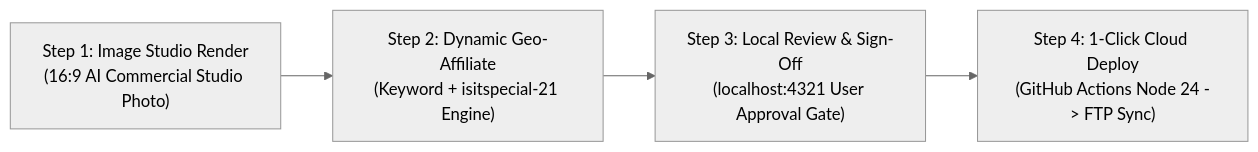
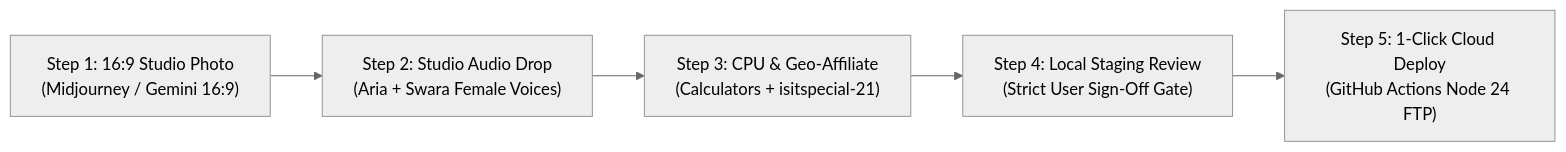
The diagram in PLAYBOOK.md (gyanart/isitspecial), drawn with Mermaid (neutral theme) before and after one commit. The commit also changed other lines of this file, not shown here.

Commit message:
docs(playbook): codify Neural Female Audio Verdicts, CPU Calculator, Amazon Box, and Brand Standards into master production playbook

````diff
--- a/PLAYBOOK.md
+++ b/PLAYBOOK.md
@@ -103,6 +174,7 @@
 ```mermaid
 flowchart LR
-    A["Step 1: Image Studio Render<br>(16:9 AI Commercial Studio Photo)"] --> B["Step 2: Dynamic Geo-Affiliate<br>(Keyword + isitspecial-21 Engine)"]
-    B --> C["Step 3: Local Review & Sign-Off<br>(localhost:4321 User Approval Gate)"]
-    C --> D["Step 4: 1-Click Cloud Deploy<br>(GitHub Actions Node 24 -> FTP Sync)"]
+    A["Step 1: 16:9 Studio Photo<br>(Midjourney / Gemini 16:9)"] --> B["Step 2: Studio Audio Drop<br>(Aria + Swara Female Voices)"]
+    B --> C["Step 3: CPU & Geo-Affiliate<br>(Calculators + isitspecial-21)"]
+    C --> D["Step 4: Local Staging Review<br>(Strict User Sign-Off Gate)"]
+    D --> E["Step 5: 1-Click Cloud Deploy<br>(GitHub Actions Node 24 FTP)"]
 ```
````
